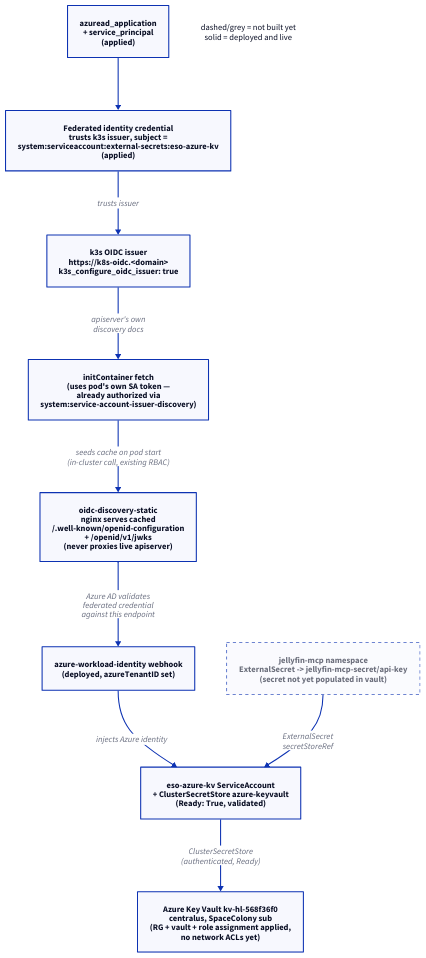
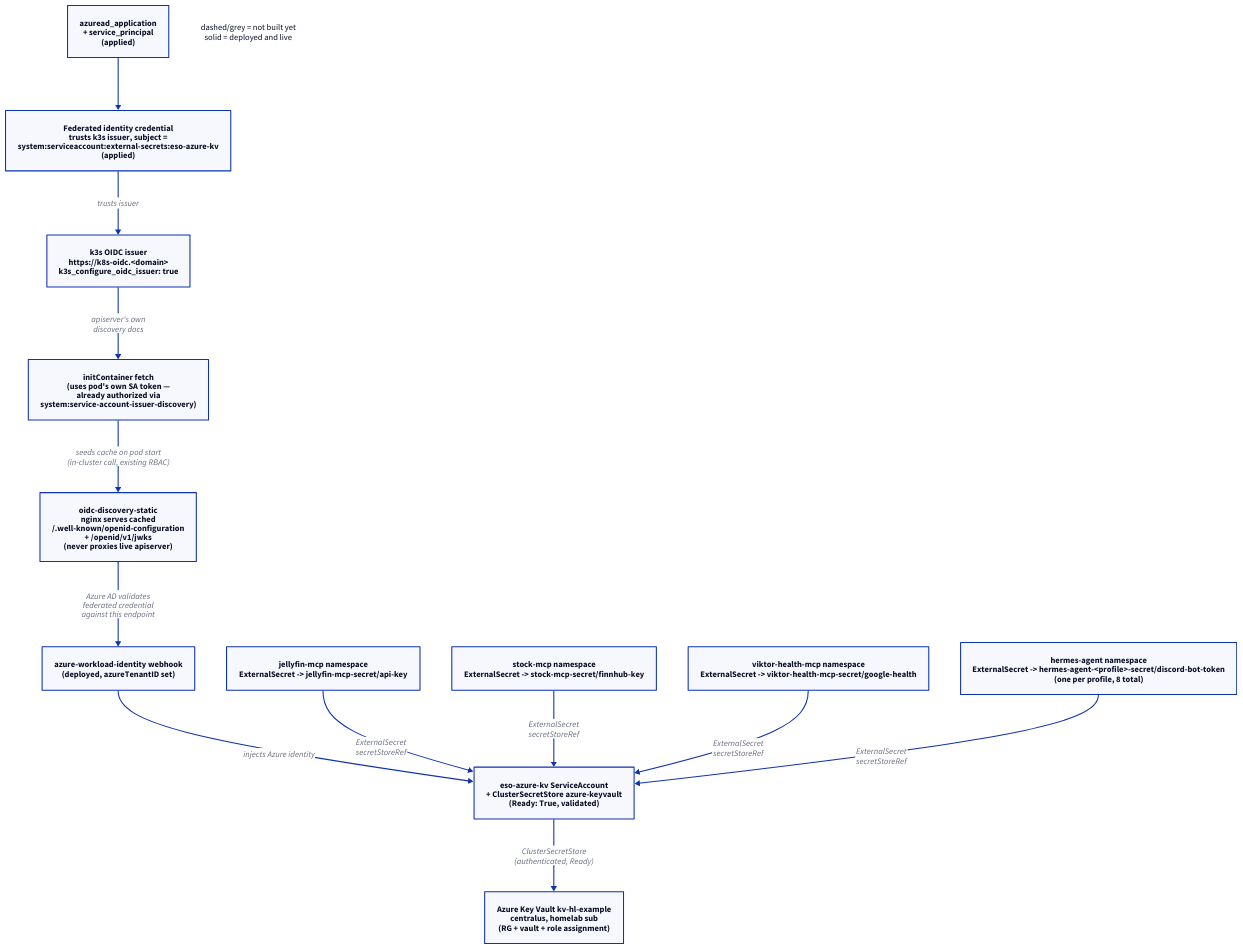
One commit to gardlt/gardltio changed the diagram in static/images/homelab/diagrams/secrets-wif.d2. Above: the diagram before and after it, drawn with D2. The commit also changed 10 other files, not shown here.

First line of the commit message:
post: refresh stack-under-the-agents for current 8-agent roster, update diagrams

```diff
--- a/static/images/homelab/diagrams/secrets-wif.d2
+++ b/static/images/homelab/diagrams/secrets-wif.d2
@@ -1,24 +1,30 @@
 # regenerate: d2 secrets-wif.d2 secrets-wif.svg
-# Secrets & Workload Identity Federation — ADR-004, User Story 1 LIVE.
+# Secrets & Workload Identity Federation — ADR-0010, User Story 1 LIVE.
 # Dashed/grey = not built yet (User Story 2 / remaining work).
 
 azuread-app: azuread_application\n+ service_principal\n(applied) {shape: rectangle}
 fed-cred: Federated identity credential\ntrusts k3s issuer, subject =\nsystem:serviceaccount:external-secrets:eso-azure-kv\n(applied) {shape: rectangle}
 k3s-oidc: k3s OIDC issuer\nhttps://k8s-oidc.<domain>\nk3s_configure_oidc_issuer: true {shape: rectangle}
 oidc-static: oidc-discovery-static\nnginx serves cached\n/.well-known/openid-configuration\n+ /openid/v1/jwks\n(never proxies live apiserver) {shape: rectangle}
 oidc-fetch: initContainer fetch\n(uses pod's own SA token —\nalready authorized via\nsystem:service-account-issuer-discovery) {shape: rectangle}
 wi-webhook: azure-workload-identity webhook\n(deployed, azureTenantID set) {shape: rectangle}
 eso-sa: eso-azure-kv ServiceAccount\n+ ClusterSecretStore azure-keyvault\n(Ready: True, validated) {shape: rectangle}
-keyvault: Azure Key Vault kv-hl-568f36f0\ncentralus, SpaceColony sub\n(RG + vault + role assignment applied,\nno network ACLs yet) {shape: rectangle}
-jellyfin-mcp: jellyfin-mcp namespace\nExternalSecret -> jellyfin-mcp-secret/api-key\n(secret not yet populated in vault) {style.stroke-dash: 3; style.opacity: 0.6}
+keyvault: Azure Key Vault kv-hl-example\ncentralus, homelab sub\n(RG + vault + role assignment) {shape: rectangle}
+jellyfin-mcp: jellyfin-mcp namespace\nExternalSecret -> jellyfin-mcp-secret/api-key {shape: rectangle}
+stock-mcp: stock-mcp namespace\nExternalSecret -> stock-mcp-secret/finnhub-key {shape: rectangle}
+viktor-health-mcp: viktor-health-mcp namespace\nExternalSecret -> viktor-health-mcp-secret/google-health {shape: rectangle}
+hermes-agent: hermes-agent namespace\nExternalSecret -> hermes-agent-<profile>-secret/discord-bot-token\n(one per profile, 8 total) {shape: rectangle}
 
 azuread-app -> fed-cred
 fed-cred -> k3s-oidc: trusts issuer
 oidc-fetch -> oidc-static: seeds cache on pod start\n(in-cluster call, existing RBAC)
 k3s-oidc -> oidc-fetch: apiserver's own\ndiscovery docs
 oidc-static -> wi-webhook: Azure AD validates\nfederated credential\nagainst this endpoint
 wi-webhook -> eso-sa: injects Azure identity
 eso-sa -> keyvault: ClusterSecretStore\n(authenticated, Ready)
 jellyfin-mcp -> eso-sa: ExternalSecret\nsecretStoreRef
+stock-mcp -> eso-sa: ExternalSecret\nsecretStoreRef
+viktor-health-mcp -> eso-sa: ExternalSecret\nsecretStoreRef
+hermes-agent -> eso-sa: ExternalSecret\nsecretStoreRef
 
 legend: "dashed/grey = not built yet\nsolid = deployed and live" {shape: text}
```
